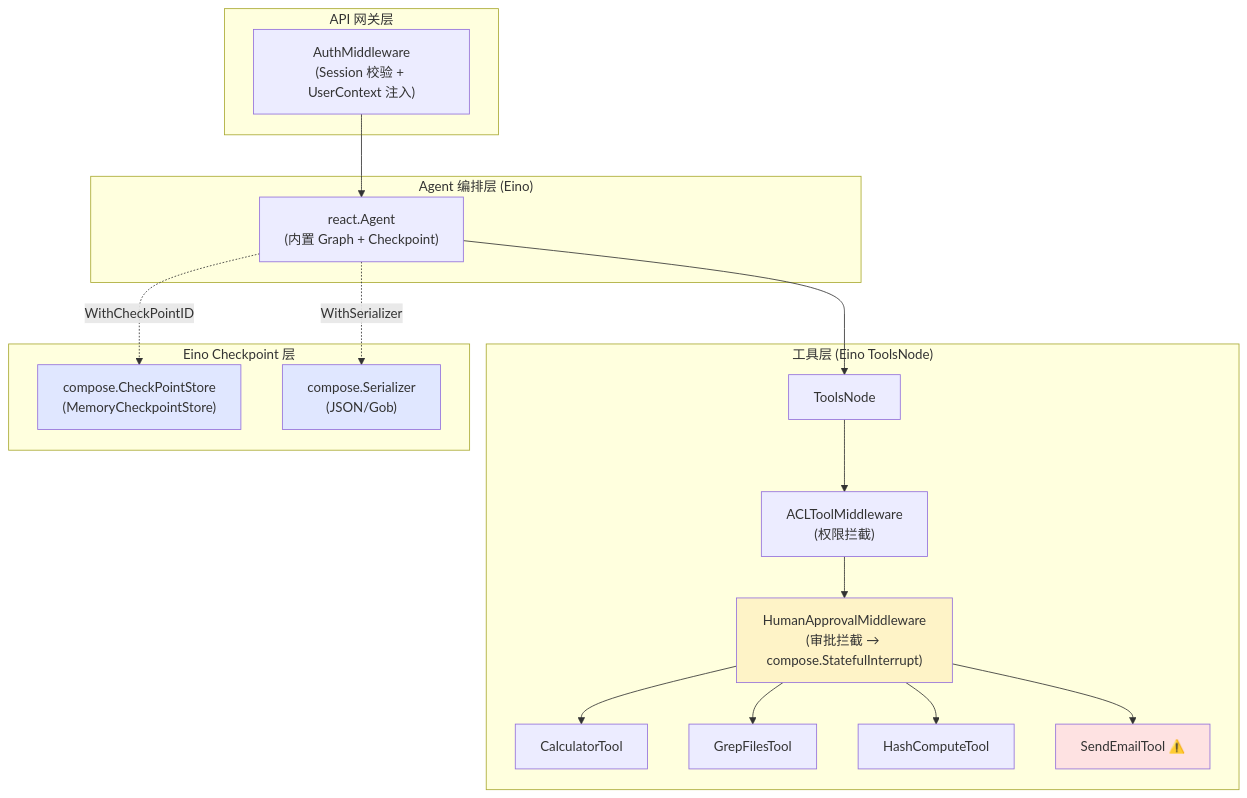
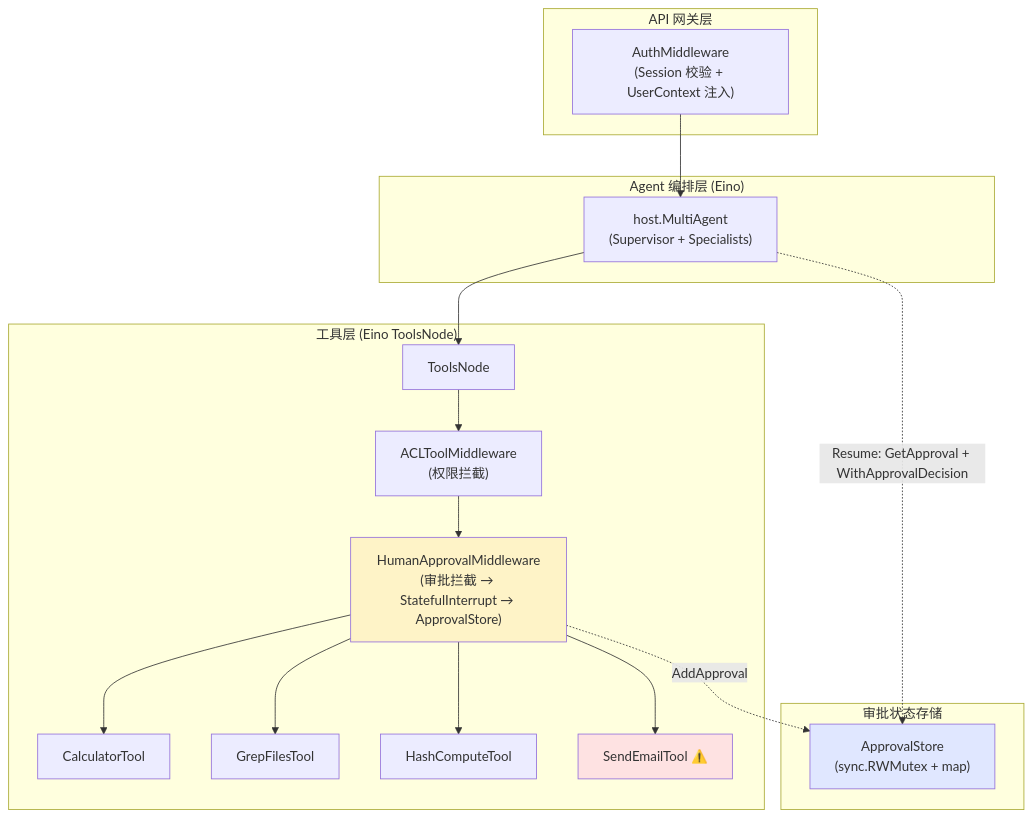
One commit to cling-2/Agent-Basic-Framework changed the first of 5 diagrams in docs/DOC-03.md. Above: the diagram before and after it, drawn with Mermaid. The commit also changed other lines of this file and 23 other files, not shown here.

````diff
--- a/docs/DOC-03.md
+++ b/docs/DOC-03.md
@@ -151,37 +122,35 @@
 ```mermaid
 flowchart TB
     subgraph Gateway["API 网关层"]
         MW["AuthMiddleware<br/>(Session 校验 + UserContext 注入)"]
     end
 
     subgraph AgentLayer["Agent 编排层 (Eino)"]
-        RA["react.Agent<br/>(内置 Graph + Checkpoint)"]
+        RA["host.MultiAgent<br/>(Supervisor + Specialists)"]
     end
 
     subgraph ToolLayer["工具层 (Eino ToolsNode)"]
         TN["ToolsNode"]
         ACL["ACLToolMiddleware<br/>(权限拦截)"]
-        HITL["HumanApprovalMiddleware<br/>(审批拦截 → compose.StatefulInterrupt)"]
+        HITL["HumanApprovalMiddleware<br/>(审批拦截 → StatefulInterrupt → ApprovalStore)"]
         T1["CalculatorTool"]
         T2["GrepFilesTool"]
         T3["HashComputeTool"]
         T4["SendEmailTool ⚠️"]
     end
 
-    subgraph CheckpointLayer["Eino Checkpoint 层"]
-        CS["compose.CheckPointStore<br/>(MemoryCheckpointStore)"]
-        SS["compose.Serializer<br/>(JSON/Gob)"]
+    subgraph StorageLayer["审批状态存储"]
+        AS["ApprovalStore<br/>(sync.RWMutex + map)"]
     end
 
     MW --> RA
     RA --> TN
     TN --> ACL --> HITL
     HITL --> T1 & T2 & T3 & T4
-    RA -.->|WithCheckPointID| CS
-    RA -.->|WithSerializer| SS
+    HITL -.->|AddApproval| AS
+    RA -.->|Resume: GetApproval + WithApprovalDecision| AS
 
     style HITL fill:#fef3c7
     style T4 fill:#fee2e2
-    style CS fill:#e0e7ff
-    style SS fill:#e0e7ff
+    style AS fill:#e0e7ff
 ```
````
